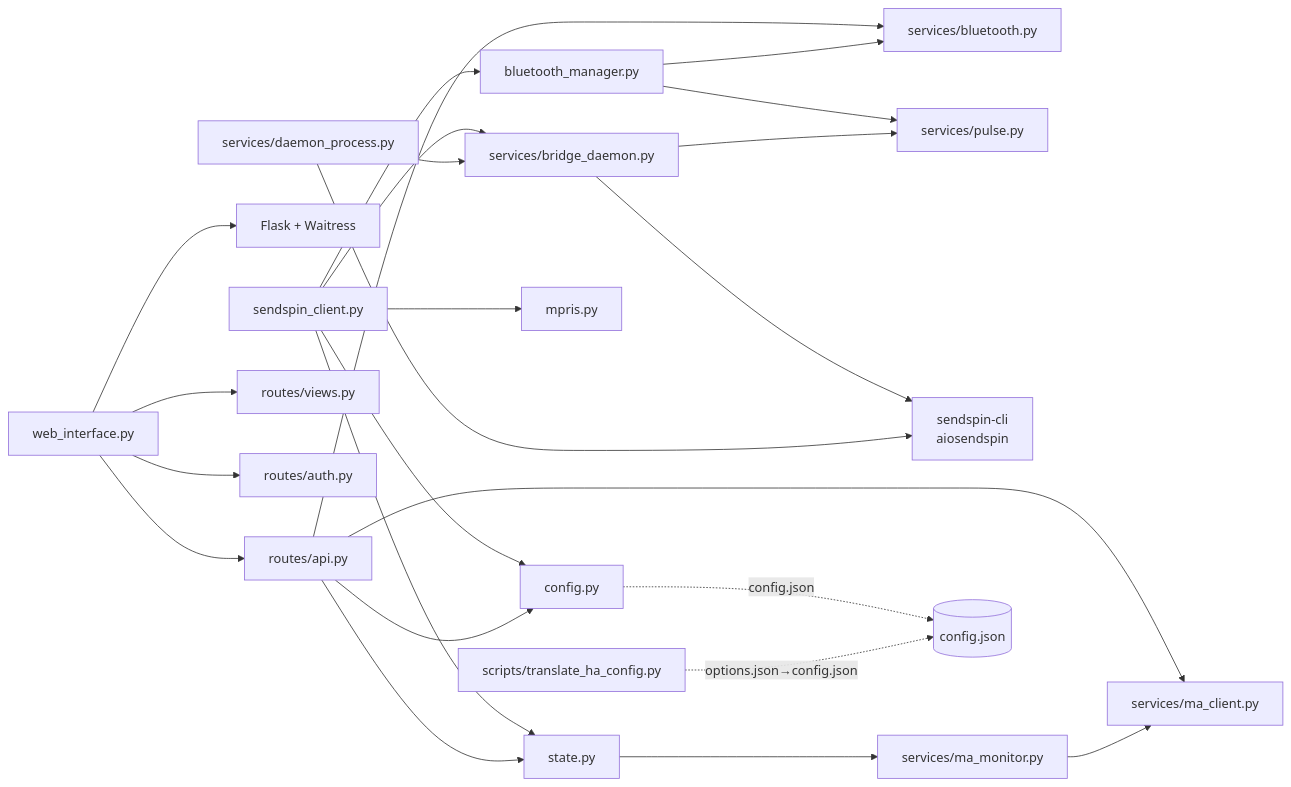
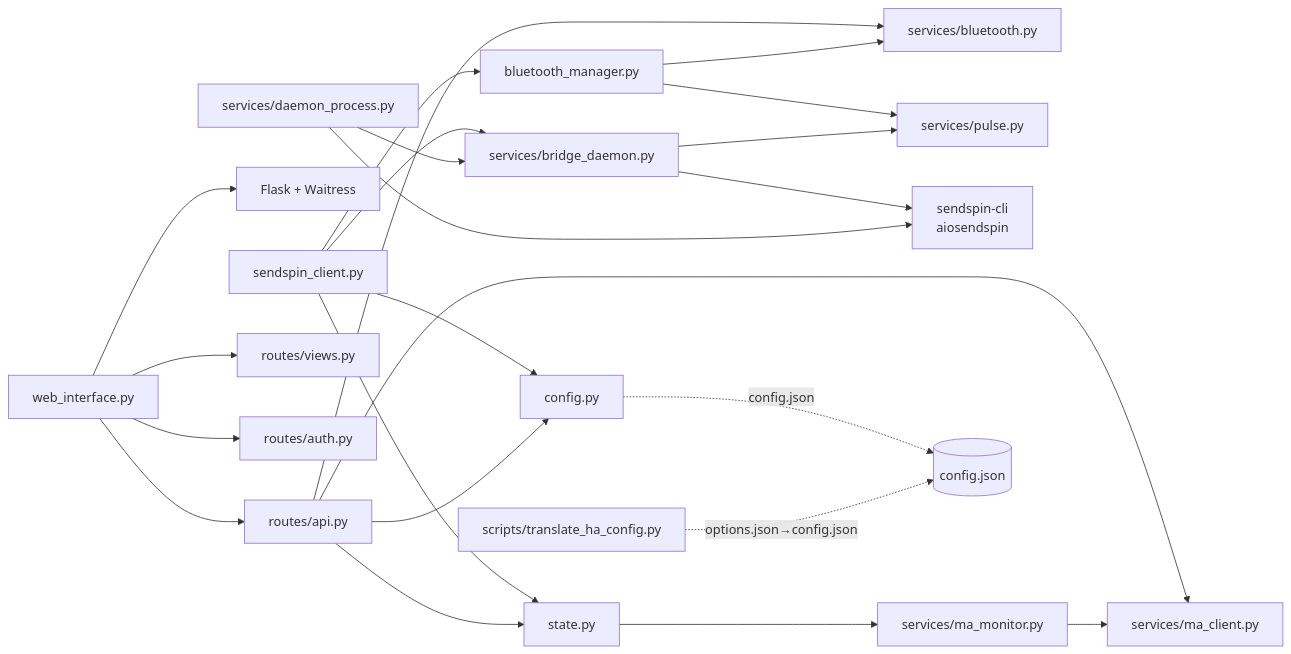
One commit to trudenboy/sendspin-bt-bridge changed diagram 20 of 20 in docs-site/src/content/docs/architecture.md. Above: the diagram before and after it, drawn with Mermaid. The commit also changed other lines of this file and 15 other files, not shown here.

````diff
--- a/docs-site/src/content/docs/architecture.md
+++ b/docs-site/src/content/docs/architecture.md
@@ -831,33 +776,32 @@
 ```mermaid
 graph LR
     SC[sendspin_client.py] --> BM[bluetooth_manager.py]
     SC --> ST[state.py]
     SC --> CFG[config.py]
-    SC --> MPRIS[mpris.py]
     SC --> SVC_BD[services/bridge_daemon.py]
 
     WI[web_interface.py] --> FLASK[Flask + Waitress]
     WI --> R_API[routes/api.py]
     WI --> R_VIEW[routes/views.py]
     WI --> R_AUTH[routes/auth.py]
 
     R_API --> ST
     R_API --> CFG
     R_API --> SVC_MAC[services/ma_client.py]
     R_API --> SVC_BT[services/bluetooth.py]
 
     BM --> SVC_PA[services/pulse.py]
     BM --> SVC_BT
 
     SVC_BD --> SVC_PA
     SVC_BD --> SENDSPIN[sendspin-cli<br/>aiosendspin]
 
     DP[services/daemon_process.py] --> SVC_BD
     DP --> SENDSPIN
 
     ST --> MM[services/ma_monitor.py]
     MM --> SVC_MAC
 
     CFG -.->|config.json| JSON[(config.json)]
     HA_SCRIPT[scripts/translate_ha_config.py] -.->|options.json→config.json| JSON
 ```
````
